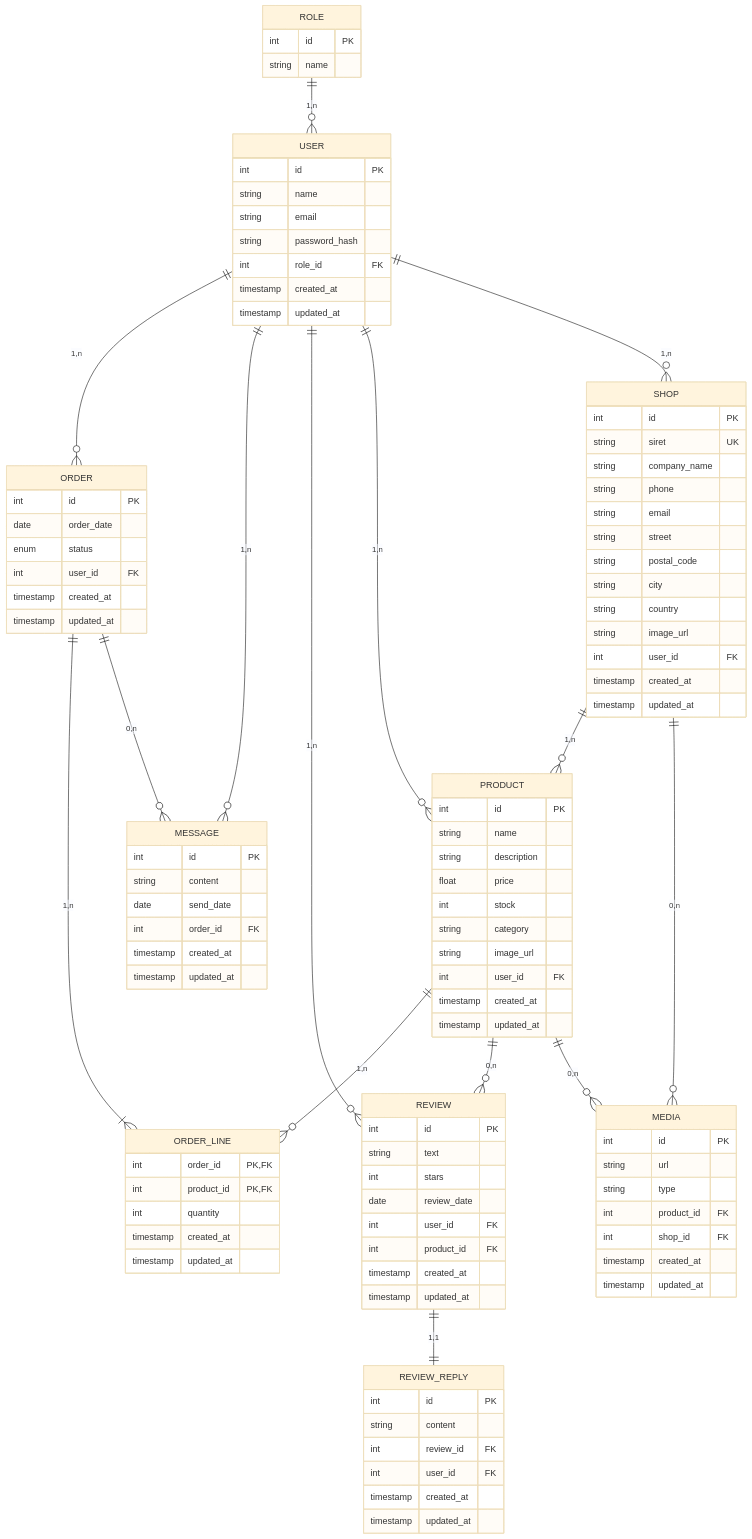
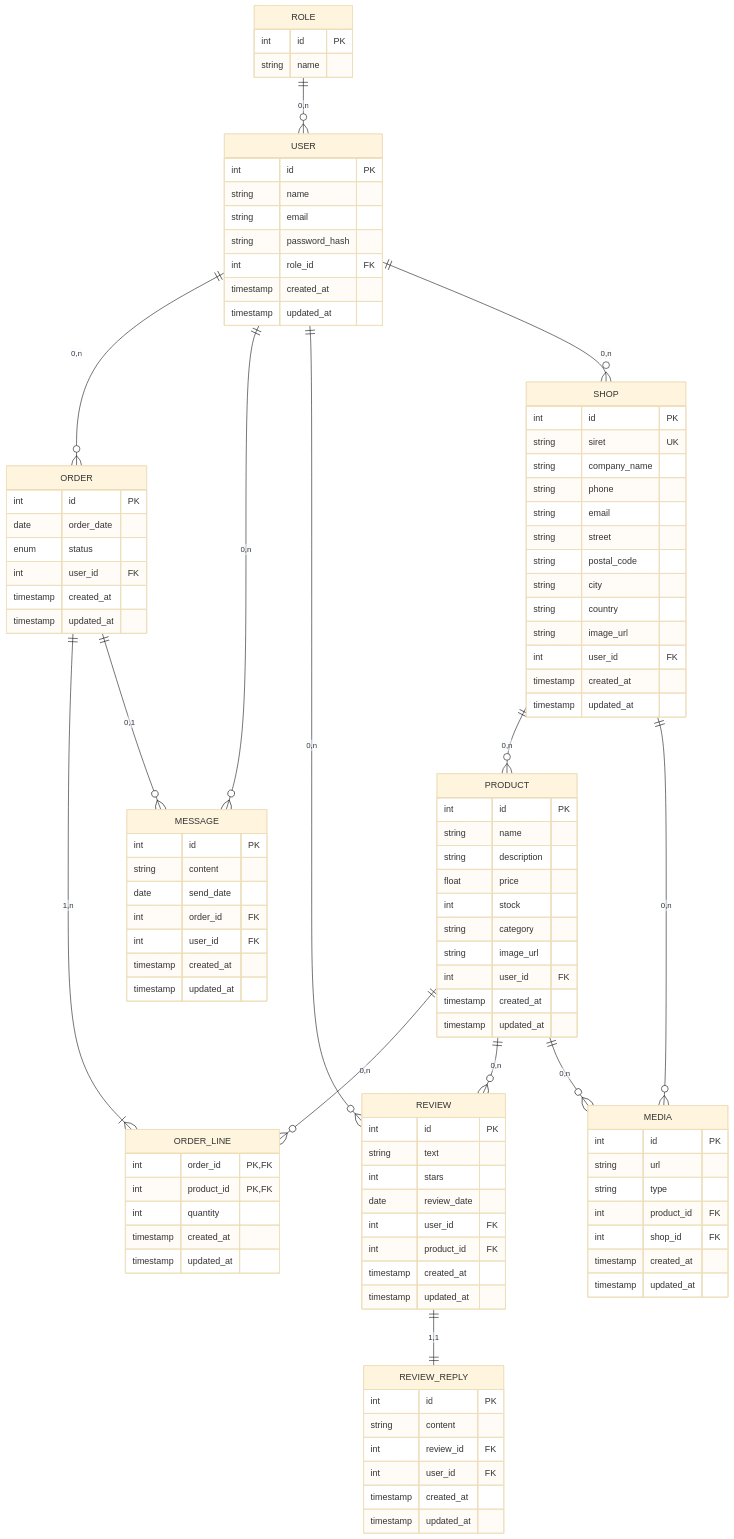
One commit to ManicH06/EasyPlace changed the diagram in docs/Conception/ERD.md. Above: the diagram before and after it, drawn with Mermaid (base theme). The commit also changed 8 other files, not shown here.

````diff
--- a/docs/Conception/ERD.md
+++ b/docs/Conception/ERD.md
@@ -1,6 +1,7 @@
 ```mermaid
 
 erDiagram
+
 
     ROLE {
         int id PK
@@ -68,6 +69,7 @@
         string content
         date send_date
         int order_id FK
+        int user_id FK
         timestamp created_at
         timestamp updated_at
     }
@@ -102,19 +104,18 @@
         timestamp updated_at
     }
 
-    ROLE ||--o{ USER : "1,n"
-    USER ||--o{ ORDER : "1,n"
-    USER ||--o{ MESSAGE : "1,n"
-    USER ||--o{ REVIEW : "1,n"
-    USER ||--o{ PRODUCT : "1,n"
-    USER ||--o{ SHOP : "1,n"
-    SHOP ||--o{ PRODUCT : "1,n"
+    ROLE ||--o{ USER : "0,n"
+    USER ||--o{ ORDER : "0,n"
+    USER ||--o{ MESSAGE : "0,n"
+    USER ||--o{ REVIEW : "0,n"
+    USER ||--o{ SHOP : "0,n"
+    SHOP ||--o{ PRODUCT : "0,n"
     SHOP ||--o{ MEDIA : "0,n"
-    PRODUCT ||--o{ ORDER_LINE : "1,n"
+    PRODUCT ||--o{ ORDER_LINE : "0,n"
     PRODUCT ||--o{ REVIEW : "0,n"
     PRODUCT ||--o{ MEDIA : "0,n"
     ORDER ||--|{ ORDER_LINE : "1,n"
-    ORDER ||--o{ MESSAGE : "0,n"
+    ORDER ||--o{ MESSAGE : "0,1"
     REVIEW ||--|| REVIEW_REPLY : "1,1"
 
 ```
````
